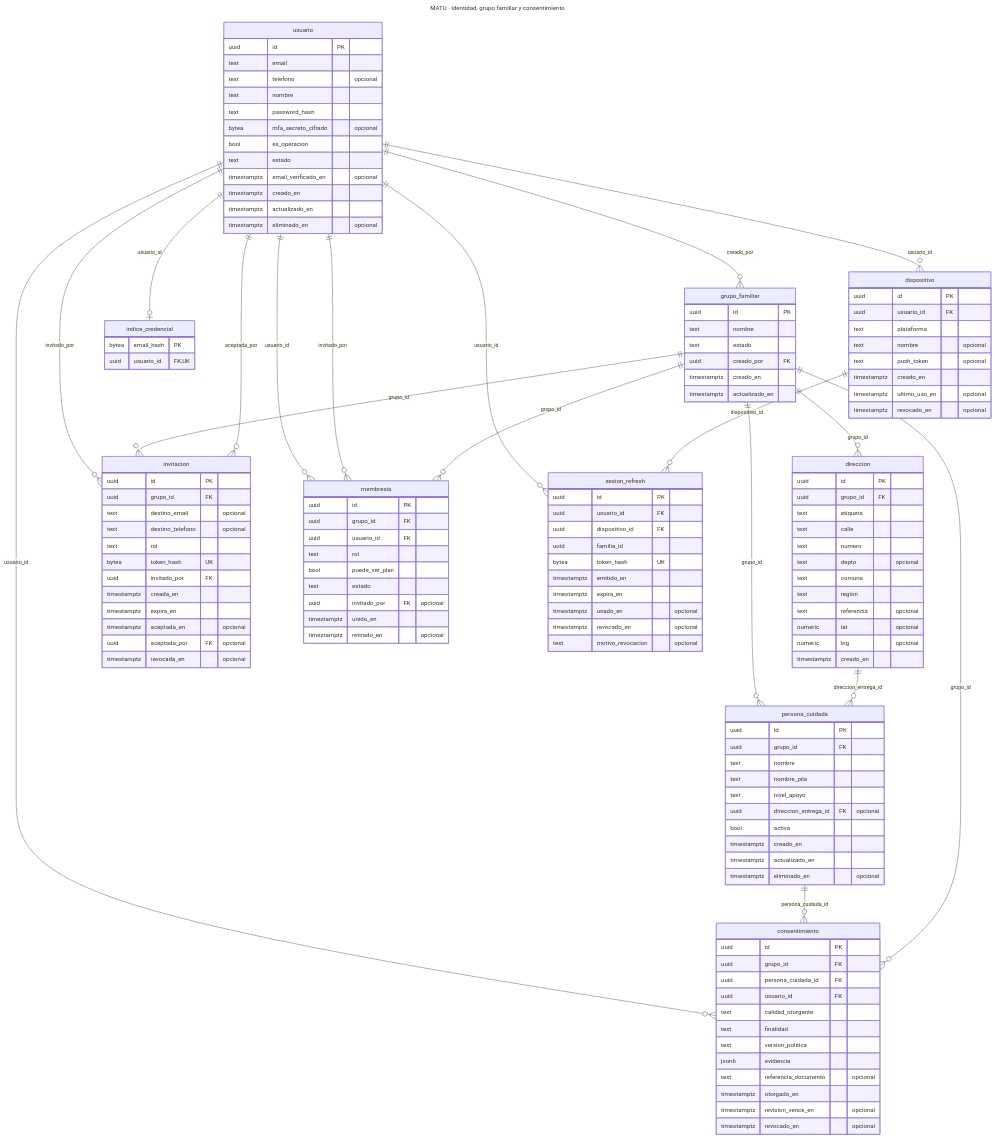
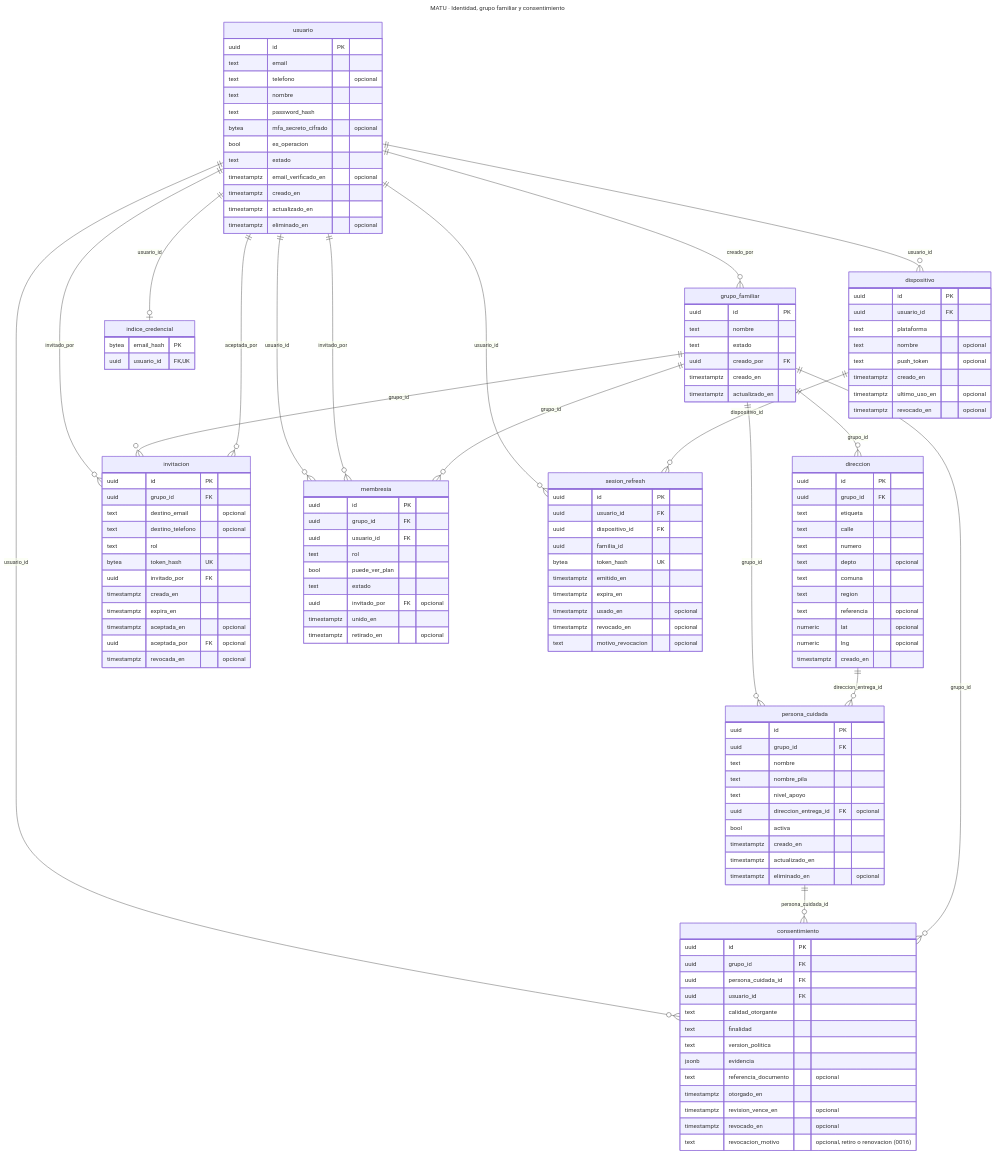
One commit to MartinHenriquez131/MATU changed the second of 11 diagrams in docs/modelo-datos.md. Above: the diagram before and after it, drawn with Mermaid. The commit also changed other lines of this file and 2 other files, not shown here.

````diff
--- a/docs/modelo-datos.md
+++ b/docs/modelo-datos.md
@@ -263,5 +263,6 @@
         timestamptz otorgado_en
         timestamptz revision_vence_en "opcional"
         timestamptz revocado_en "opcional"
+        text revocacion_motivo "opcional, retiro o renovacion (0016)"
     }
 ```
````
